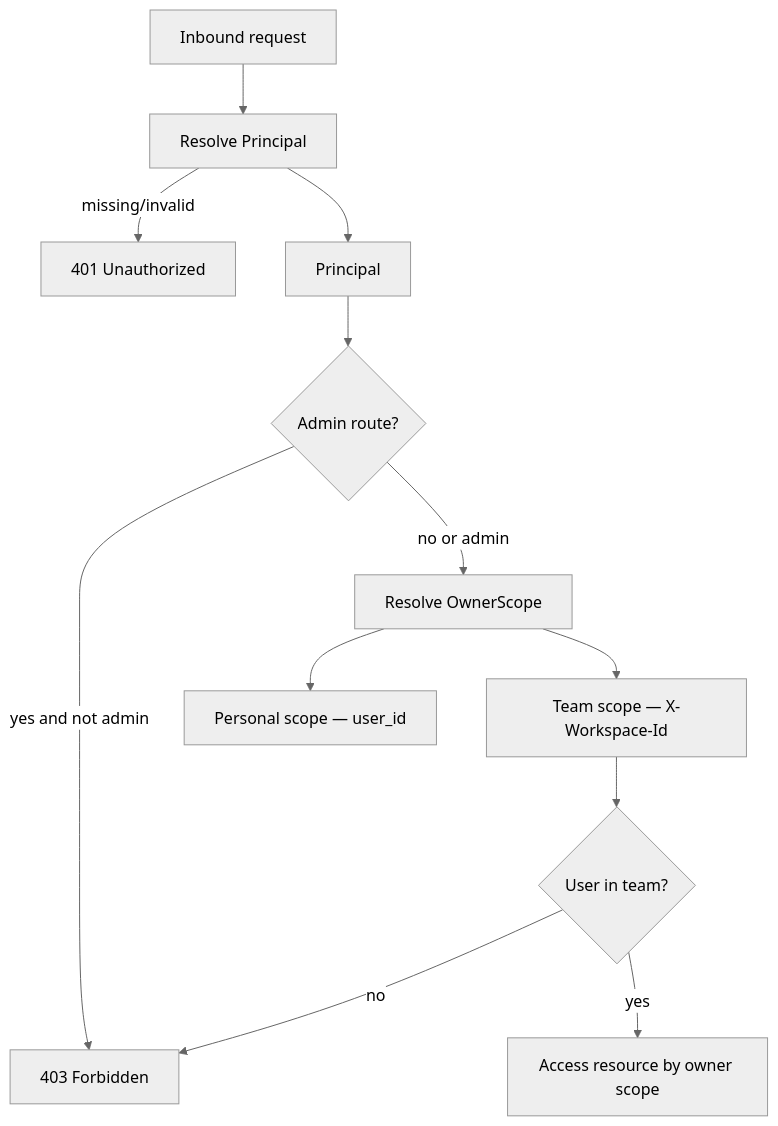
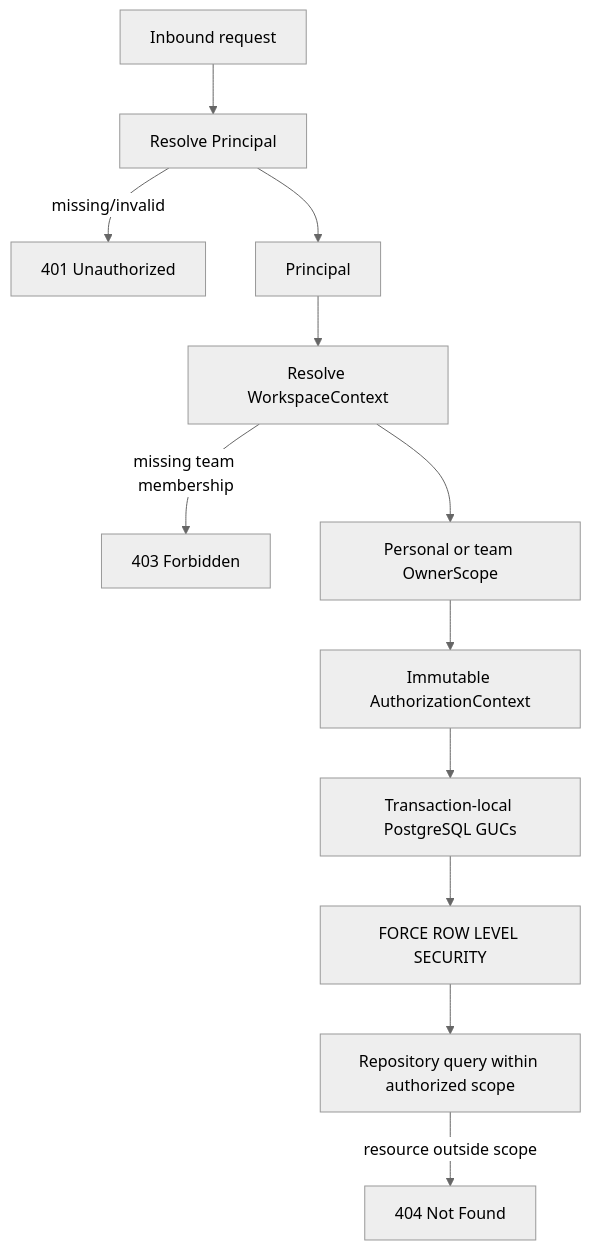
One commit to OceaLong/opencitadel changed the third of 4 diagrams in docs/architecture/security-model.md. Above: the diagram before and after it, drawn with Mermaid (neutral theme). The commit also changed other lines of this file and 207 other files, not shown here.

````diff
--- a/docs/architecture/security-model.md
+++ b/docs/architecture/security-model.md
@@ -182,14 +184,14 @@
 ```mermaid
 flowchart TD
   Request["Inbound request"] --> AuthN["Resolve Principal"]
   AuthN -->|"missing/invalid"| Deny401["401 Unauthorized"]
   AuthN --> Principal["Principal"]
-  Principal --> AdminCheck{"Admin route?"}
-  AdminCheck -->|"yes and not admin"| Deny403["403 Forbidden"]
-  AdminCheck -->|"no or admin"| Scope["Resolve OwnerScope"]
-  Scope --> Personal["Personal scope — user_id"]
-  Scope --> Team["Team scope — X-Workspace-Id"]
-  Team --> TeamCheck{"User in team?"}
-  TeamCheck -->|"no"| Deny403
-  TeamCheck -->|"yes"| Resource["Access resource by owner scope"]
+  Principal --> Workspace["Resolve WorkspaceContext"]
+  Workspace -->|"missing team membership"| Deny403["403 Forbidden"]
+  Workspace --> Scope["Personal or team OwnerScope"]
+  Scope --> Authz["Immutable AuthorizationContext"]
+  Authz --> GUC["Transaction-local PostgreSQL GUCs"]
+  GUC --> RLS["FORCE ROW LEVEL SECURITY"]
+  RLS --> Resource["Repository query within authorized scope"]
+  Resource -->|"resource outside scope"| Deny404["404 Not Found"]
 ```
````
